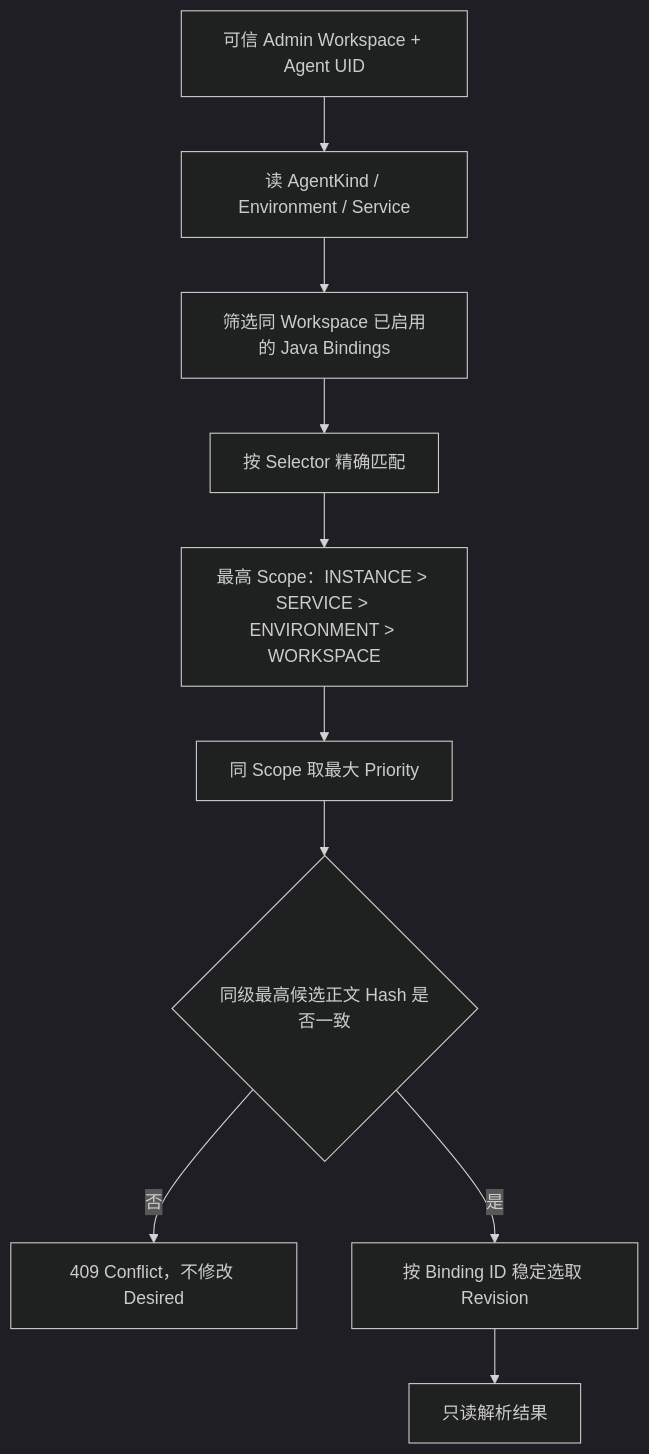
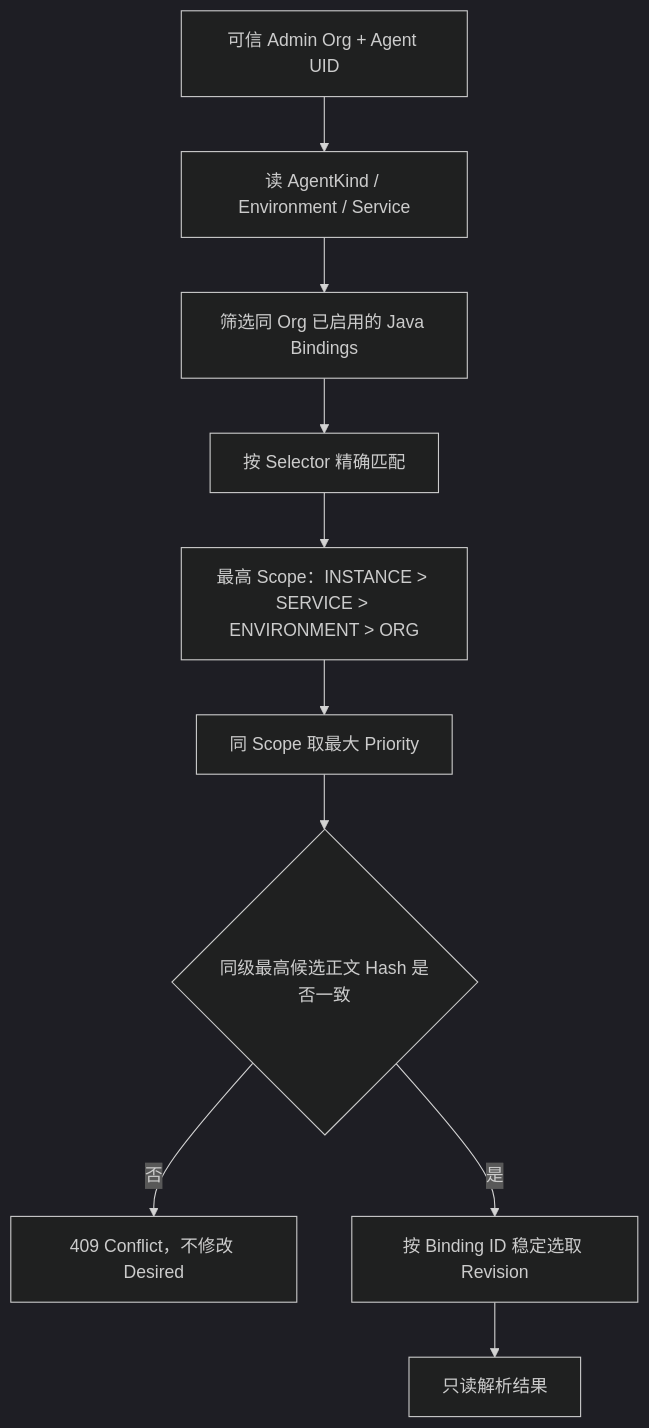
Before and after one commit to XiaoWeiKIN/apm-control-plane: the diagram in docs/architecture/p24-policy-resolution.md, drawn with Mermaid (dark theme). The commit also changed other lines of this file and 74 other files, not shown here.

First line of the commit message:
refactor(org): use unified DataFox Admin Schema and numeric Org IDs (#26)

````diff
--- a/docs/architecture/p24-policy-resolution.md
+++ b/docs/architecture/p24-policy-resolution.md
@@ -29,12 +29,12 @@
 ```mermaid
 flowchart TD
-    A["可信 Admin Workspace + Agent UID"] --> B["读 AgentKind / Environment / Service"]
-    B --> C["筛选同 Workspace 已启用的 Java Bindings"]
+    A["可信 Admin Org + Agent UID"] --> B["读 AgentKind / Environment / Service"]
+    B --> C["筛选同 Org 已启用的 Java Bindings"]
     C --> D["按 Selector 精确匹配"]
-    D --> E["最高 Scope：INSTANCE > SERVICE > ENVIRONMENT > WORKSPACE"]
+    D --> E["最高 Scope：INSTANCE > SERVICE > ENVIRONMENT > ORG"]
     E --> F["同 Scope 取最大 Priority"]
     F --> G{"同级最高候选正文 Hash 是否一致"}
     G -- 否 --> H["409 Conflict，不修改 Desired"]
     G -- 是 --> I["按 Binding ID 稳定选取 Revision"]
     I --> J["只读解析结果"]
 ```
````
